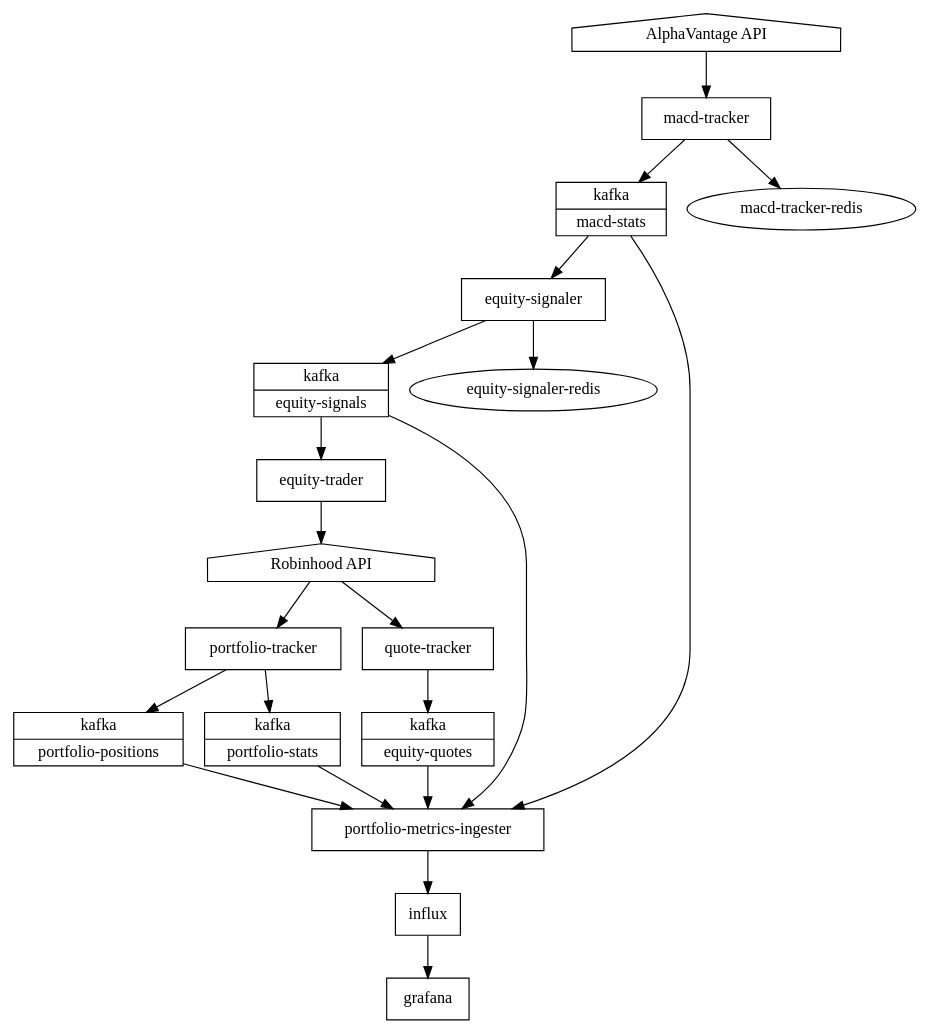
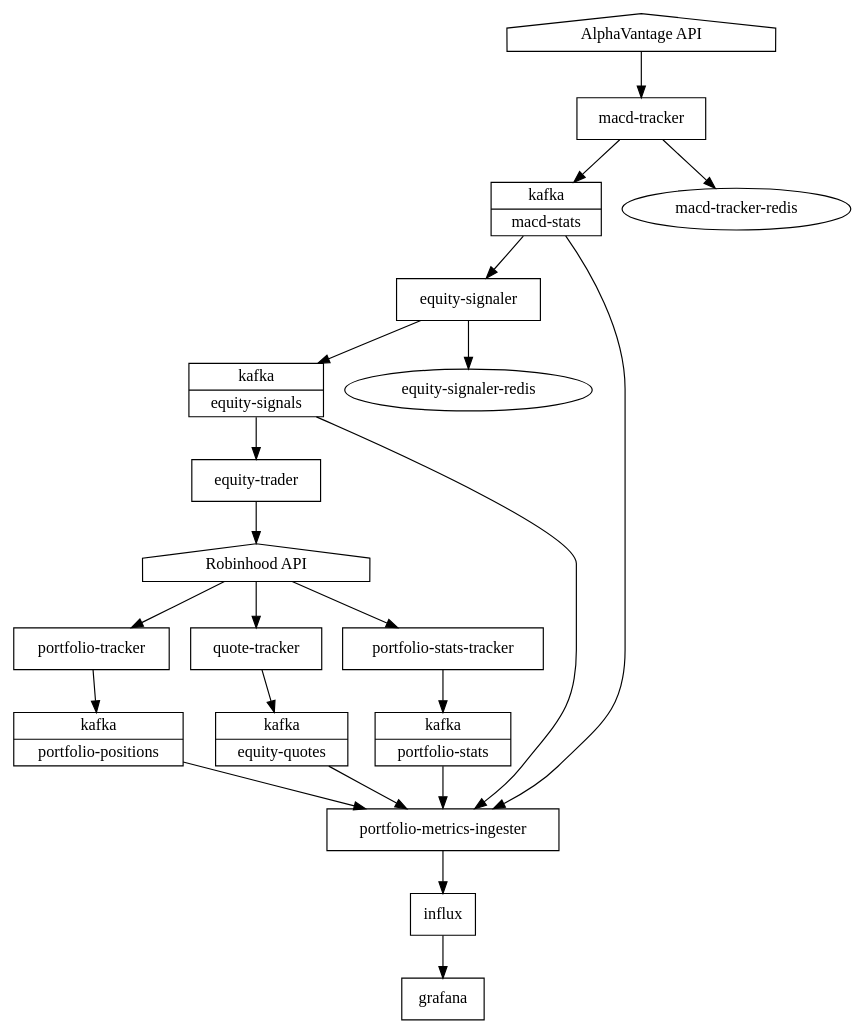
The diagram in graph.dot (mseeks/msull92-infrastructure), drawn with Graphviz before and after one commit.

Commit message:
Update graph

```diff
--- a/graph.dot
+++ b/graph.dot
@@ -1,34 +1,35 @@
 digraph algorithm {
   node[shape=record]
 
   "AlphaVantage API"           -> "macd-tracker"
   "macd-tracker"               -> "macd-stats"
   "macd-tracker"               -> "macd-tracker-redis"
   "macd-stats"                 -> "equity-signaler"
   "equity-signaler"            -> "equity-signals"
   "equity-signaler"            -> "equity-signaler-redis"
   "equity-signals"             -> "equity-trader"
   "equity-trader"              -> "Robinhood API"
   "Robinhood API"              -> "portfolio-tracker"
   "Robinhood API"              -> "quote-tracker"
-  "portfolio-tracker"         -> "portfolio-positions"
-  "portfolio-tracker"         -> "portfolio-stats"
+  "Robinhood API"              -> "portfolio-stats-tracker"
+  "portfolio-tracker"          -> "portfolio-positions"
+  "portfolio-stats-tracker"    -> "portfolio-stats"
   "quote-tracker"              -> "equity-quotes"
   "portfolio-positions"        -> "portfolio-metrics-ingester"
   "portfolio-stats"            -> "portfolio-metrics-ingester"
   "macd-stats"                 -> "portfolio-metrics-ingester"
   "equity-signals"             -> "portfolio-metrics-ingester"
   "equity-quotes"              -> "portfolio-metrics-ingester"
   "portfolio-metrics-ingester" -> "influx"
   "influx"                     -> "grafana"
 
   "macd-stats" [shape=record label="{<f0> kafka| <f1> macd-stats}"]
   "equity-signals" [shape=record label="{<f0> kafka| <f1> equity-signals}"]
   "equity-quotes" [shape=record label="{<f0> kafka| <f1> equity-quotes}"]
   "portfolio-positions" [shape=record label="{<f0> kafka| <f1> portfolio-positions}"]
   "portfolio-stats" [shape=record label="{<f0> kafka| <f1> portfolio-stats}"]
   "AlphaVantage API" [shape=house]
   "Robinhood API" [shape=house]
   "macd-tracker-redis" [shape=ellipse]
   "equity-signaler-redis" [shape=ellipse]
 }
```
